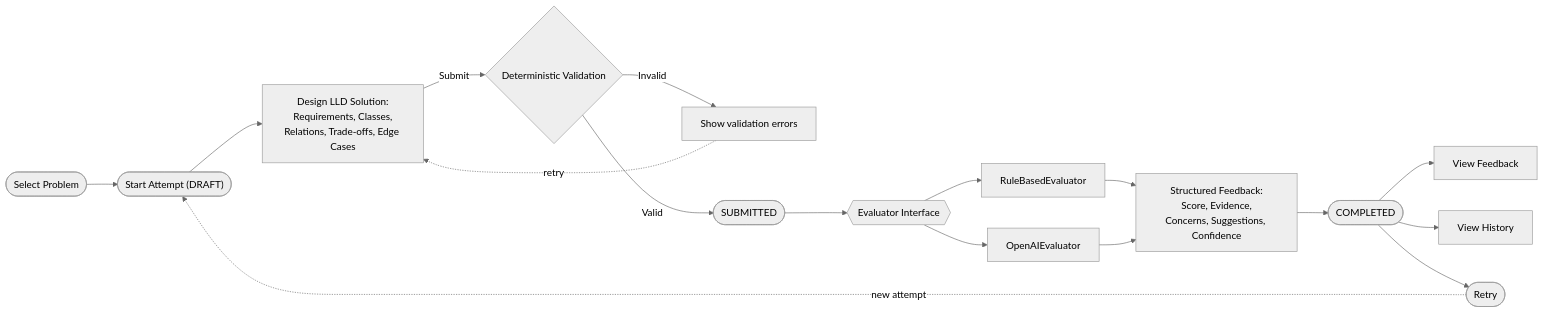
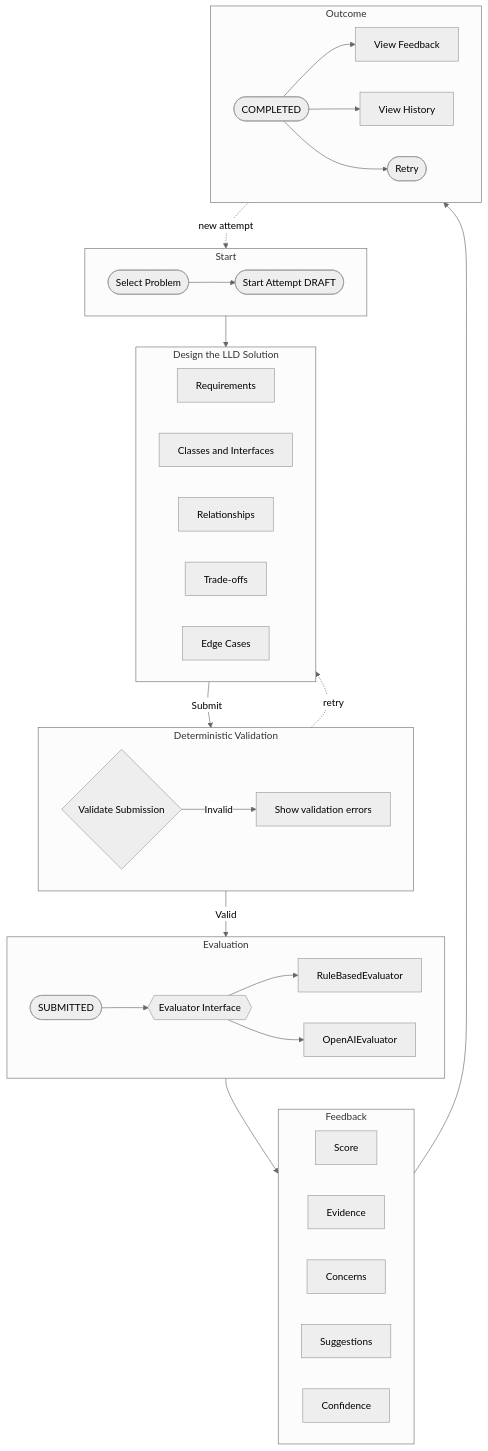
The second of 7 diagrams in README.md (shaurya-sehgal5/LLD), drawn with Mermaid (neutral theme) before and after one commit. The commit also changed other lines of this file, not shown here.

````diff
--- a/README.md
+++ b/README.md
@@ -149,19 +156,64 @@
 ```mermaid
-flowchart LR
-    A([Select Problem]) --> B(["Start Attempt (DRAFT)"])
-    B --> C["Design LLD Solution:<br/>Requirements, Classes,<br/>Relations, Trade-offs, Edge Cases"]
-    C -->|Submit| D{Deterministic Validation}
-    D -->|Invalid| X[Show validation errors]
-    X -.retry.-> C
-    D -->|Valid| E(["SUBMITTED"])
-    E --> F{{Evaluator Interface}}
-    F --> G1[RuleBasedEvaluator]
-    F --> G2[OpenAIEvaluator]
-    G1 --> H["Structured Feedback:<br/>Score, Evidence,<br/>Concerns, Suggestions, Confidence"]
-    G2 --> H
-    H --> I(["COMPLETED"])
-    I --> J1[View Feedback]
-    I --> J2[View History]
-    I --> J3(["Retry"])
-    J3 -.new attempt.-> B
+flowchart TB
+    subgraph S1[Start]
+        direction LR
+        A([Select Problem])
+        B(["Start Attempt DRAFT"])
+        A --> B
+    end
+
+    subgraph S2[Design the LLD Solution]
+        direction LR
+        C1[Requirements]
+        C2[Classes and Interfaces]
+        C3[Relationships]
+        C4[Trade-offs]
+        C5[Edge Cases]
+    end
+
+    subgraph S3[Deterministic Validation]
+        direction LR
+        D{Validate Submission}
+        X[Show validation errors]
+        D -->|Invalid| X
+    end
+
+    subgraph S4[Evaluation]
+        direction LR
+        E(["SUBMITTED"])
+        F{{Evaluator Interface}}
+        G1[RuleBasedEvaluator]
+        G2[OpenAIEvaluator]
+        E --> F
+        F --> G1
+        F --> G2
+    end
+
+    subgraph S5[Feedback]
+        direction LR
+        H1[Score]
+        H2[Evidence]
+        H3[Concerns]
+        H4[Suggestions]
+        H5[Confidence]
+    end
+
+    subgraph S6[Outcome]
+        direction LR
+        I(["COMPLETED"])
+        J1[View Feedback]
+        J2[View History]
+        J3(["Retry"])
+        I --> J1
+        I --> J2
+        I --> J3
+    end
+
+    S1 --> S2
+    S2 -->|Submit| S3
+    S3 -->|Valid| S4
+    S4 --> S5
+    S5 --> S6
+    X -.retry.-> S2
+    J3 -.new attempt.-> S1
 ```
````
